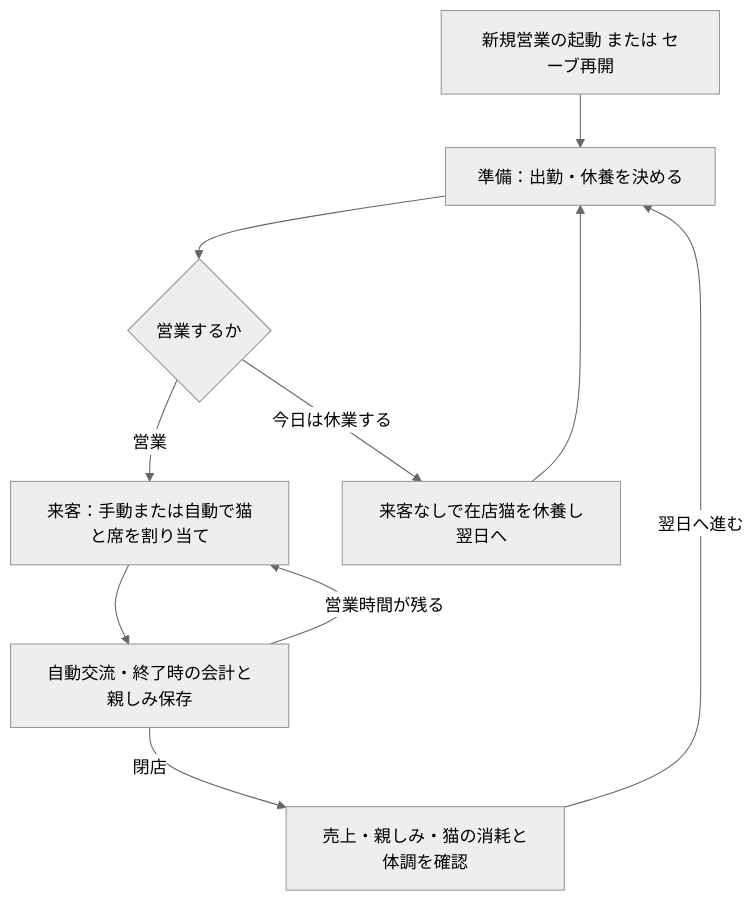
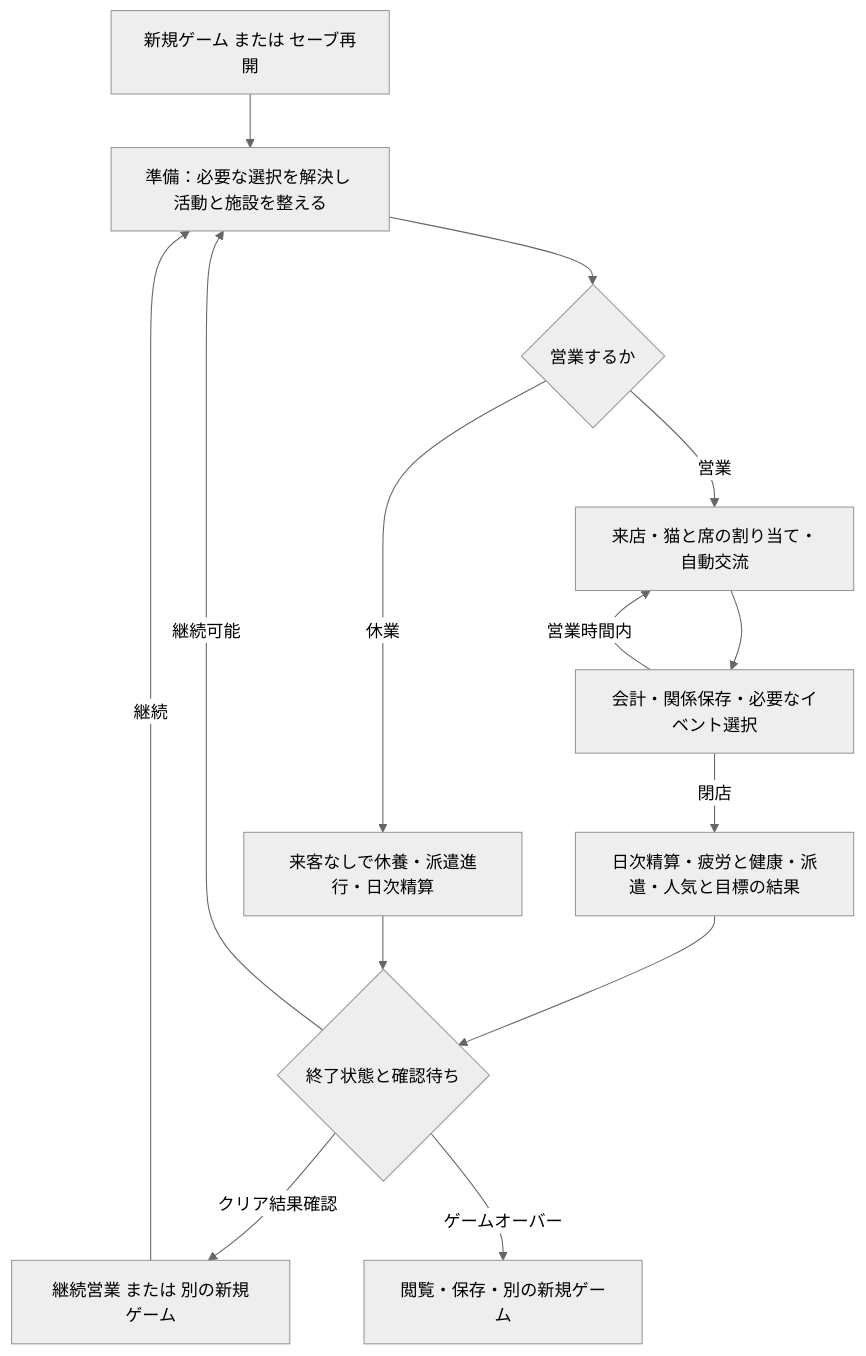
Before and after one commit to Sourpomelo-Y6/cat_cafe_sim: the diagram in Docs/HumanToCatGameFlowPlan.md, drawn with Mermaid (neutral theme). The commit also changed other lines of this file and 19 other files, not shown here.

````diff
--- a/Docs/HumanToCatGameFlowPlan.md
+++ b/Docs/HumanToCatGameFlowPlan.md
@@ -101,12 +15,16 @@
 ```mermaid
 flowchart TD
-    A[新規営業の起動 または セーブ再開] --> B[準備：出勤・休養を決める]
+    A[新規ゲーム または セーブ再開] --> B[準備：必要な選択を解決し 活動と施設を整える]
     B --> C{営業するか}
-    C -->|営業| D[来客：手動または自動で猫と席を割り当て]
-    D --> E[自動交流・終了時の会計と親しみ保存]
-    E -->|営業時間が残る| D
-    E -->|閉店| F[売上・親しみ・猫の消耗と体調を確認]
-    F -->|翌日へ進む| B
-    C -->|今日は休業する| G[来客なしで在店猫を休養し翌日へ]
-    G --> B
+    C -->|営業| D[来店・猫と席の割り当て・自動交流]
+    D --> E[会計・関係保存・必要なイベント選択]
+    E -->|営業時間内| D
+    E -->|閉店| F[日次精算・疲労と健康・派遣・人気と目標の結果]
+    C -->|休業| G[来客なしで休養・派遣進行・日次精算]
+    F --> H{終了状態と確認待ち}
+    G --> H
+    H -->|継続可能| B
+    H -->|クリア結果確認| I[継続営業 または 別の新規ゲーム]
+    H -->|ゲームオーバー| J[閲覧・保存・別の新規ゲーム]
+    I -->|継続| B
 ```
````
